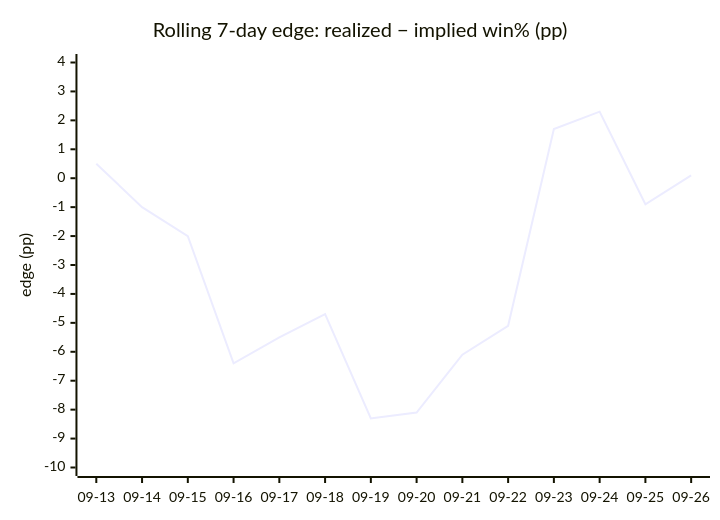
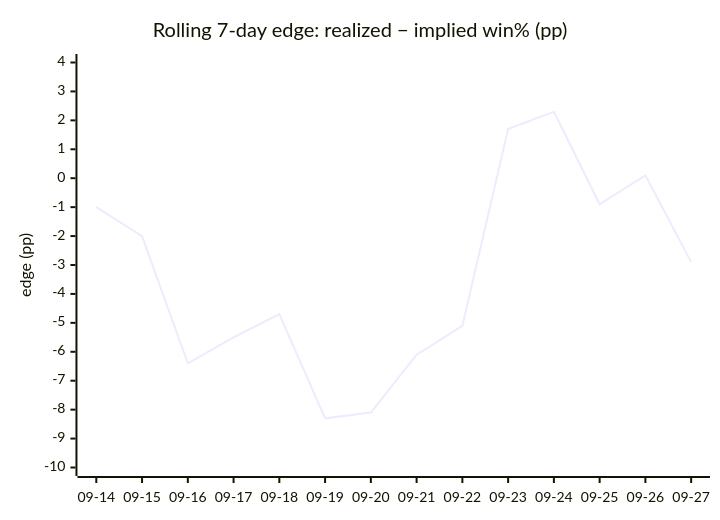
The fourth of 4 diagrams in DAILY_AGSU_REPORT.md (dpk1212/nhl-savant), drawn with Mermaid before and after one commit. The commit also changed other lines of this file, not shown here.

````diff
--- a/DAILY_AGSU_REPORT.md
+++ b/DAILY_AGSU_REPORT.md
@@ -876,7 +871,7 @@
 ```mermaid
 xychart-beta
     title "Rolling 7-day edge: realized − implied win% (pp)"
-    x-axis ["09-13", "09-14", "09-15", "09-16", "09-17", "09-18", "09-19", "09-20", "09-21", "09-22", "09-23", "09-24", "09-25", "09-26"]
+    x-axis ["09-14", "09-15", "09-16", "09-17", "09-18", "09-19", "09-20", "09-21", "09-22", "09-23", "09-24", "09-25", "09-26", "09-27"]
     y-axis "edge (pp)" -10 --> 4
-    line [0.5, -1, -2, -6.4, -5.5, -4.7, -8.3, -8.1, -6.1, -5.1, 1.7, 2.3, -0.9, 0.1]
+    line [-1, -2, -6.4, -5.5, -4.7, -8.3, -8.1, -6.1, -5.1, 1.7, 2.3, -0.9, 0.1, -2.9]
 ```
````
